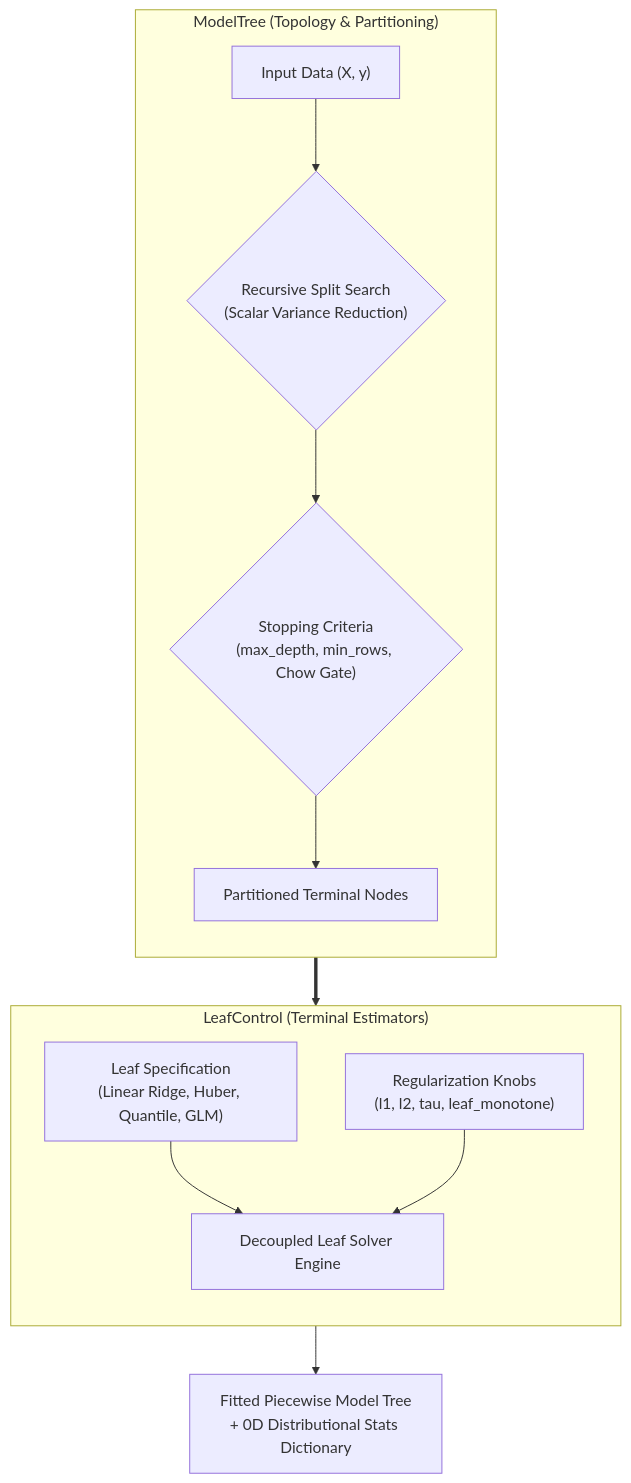
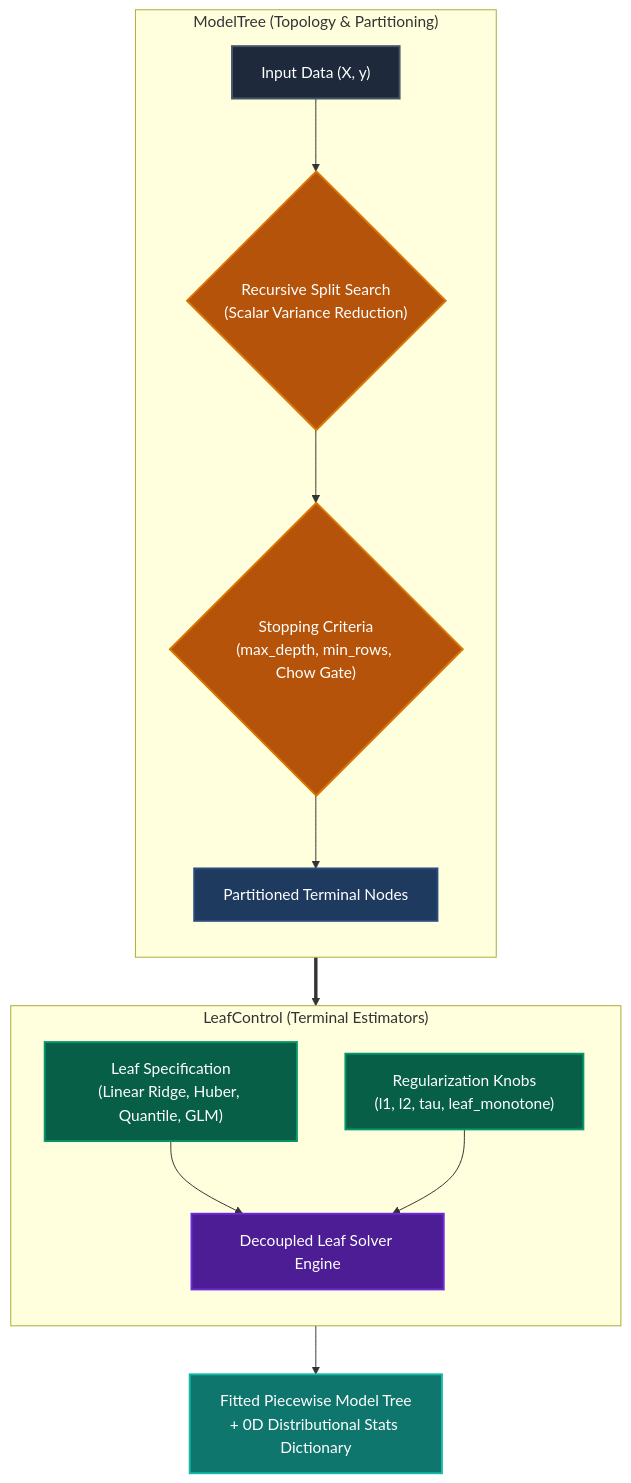
Before and after one commit to jkapila/mltreelib: the diagram in docs/examples/core-tree-architecture.md, drawn with Mermaid. The commit also changed 18 other files, not shown here.

Commit message:
docs: add native ModelTree graph, 5-leaf survival profiles, and color palette across all Mermaid diagrams

````diff
--- a/docs/examples/core-tree-architecture.md
+++ b/docs/examples/core-tree-architecture.md
@@ -20,20 +20,34 @@
 ```mermaid
 flowchart TD
     subgraph MT["ModelTree (Topology & Partitioning)"]
         direction TB
         A["Input Data (X, y)"] --> B{"Recursive Split Search\n(Scalar Variance Reduction)"}
         B --> C{"Stopping Criteria\n(max_depth, min_rows, Chow Gate)"}
         C --> D["Partitioned Terminal Nodes"]
     end
 
     subgraph LC["LeafControl (Terminal Estimators)"]
         direction TB
         E["Leaf Specification\n(Linear Ridge, Huber, Quantile, GLM)"]
         F["Regularization Knobs\n(l1, l2, tau, leaf_monotone)"]
         E --> G["Decoupled Leaf Solver Engine"]
         F --> G
     end
 
     D ==> G
     G --> H["Fitted Piecewise Model Tree\n+ 0D Distributional Stats Dictionary"]
+
+    classDef dataBox fill:#1e293b,stroke:#475569,stroke-width:2px,color:#ffffff;
+    classDef splitBox fill:#b45309,stroke:#d97706,stroke-width:2px,color:#ffffff;
+    classDef nodeBox fill:#1e3a5f,stroke:#2b4c7e,stroke-width:2px,color:#ffffff;
+    classDef leafSpec fill:#065f46,stroke:#059669,stroke-width:2px,color:#ffffff;
+    classDef solverBox fill:#4c1d95,stroke:#6d28d9,stroke-width:2px,color:#ffffff;
+    classDef finalBox fill:#0f766e,stroke:#14b8a6,stroke-width:2px,color:#ffffff;
+
+    class A dataBox;
+    class B,C splitBox;
+    class D nodeBox;
+    class E,F leafSpec;
+    class G solverBox;
+    class H finalBox;
 ```
````
